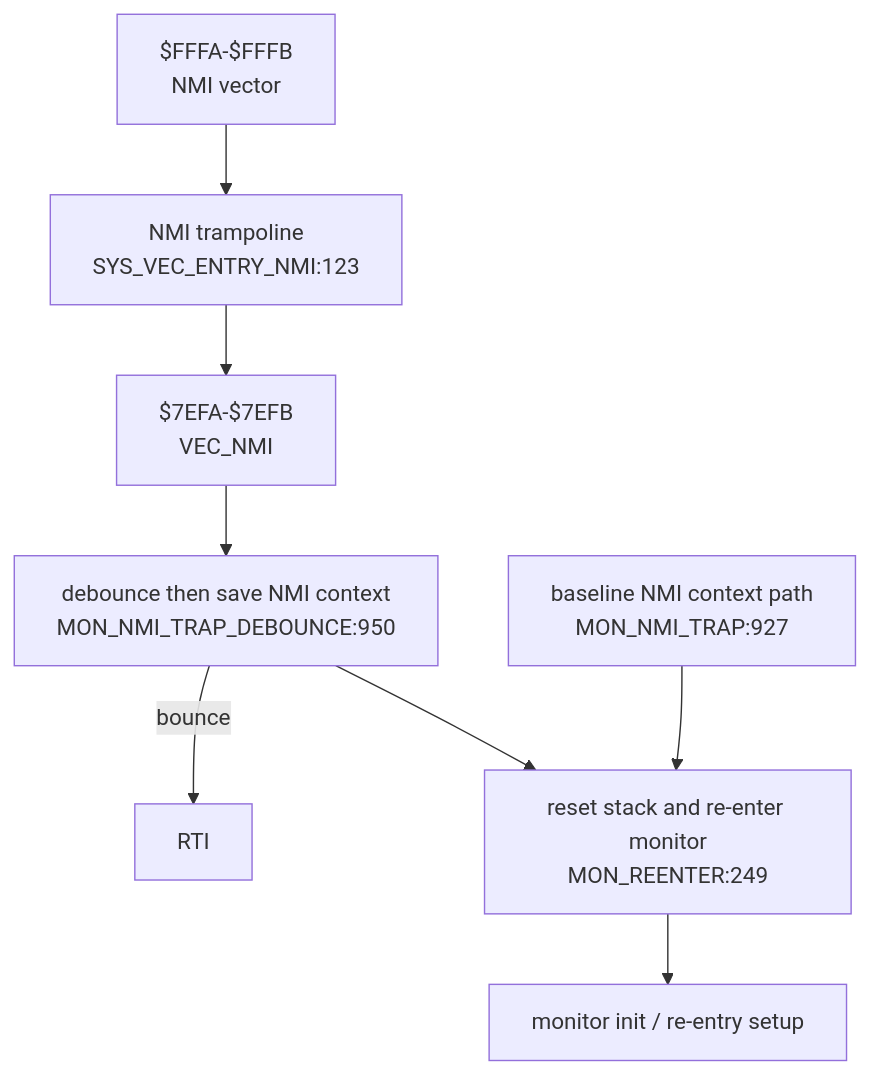
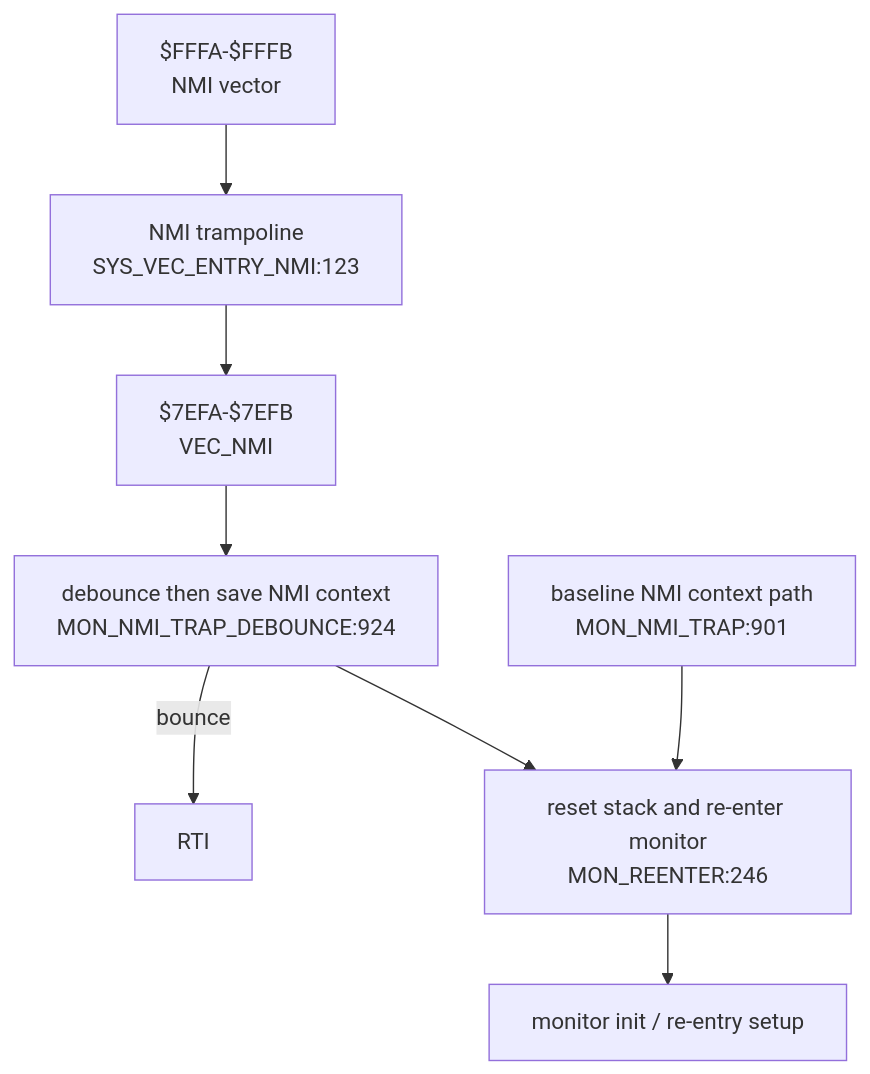
The fourth of 6 diagrams in DOC/GENERATED/INTERRUPT_VECTOR_MAP.md (95westus/R-YORS), drawn with Mermaid before and after one commit. The commit also changed other lines of this file and 53 other files, not shown here.

````diff
--- a/DOC/GENERATED/INTERRUPT_VECTOR_MAP.md
+++ b/DOC/GENERATED/INTERRUPT_VECTOR_MAP.md
@@ -62,10 +62,10 @@
 ```mermaid
 flowchart TD
     NMIV["$FFFA-$FFFB<br/>NMI vector"] --> NMIENTRY["NMI trampoline<br/>SYS_VEC_ENTRY_NMI:123"]
     NMIENTRY --> VECNMI["$7EFA-$7EFB<br/>VEC_NMI"]
-    VECNMI --> NMITRAP["debounce then save NMI context<br/>MON_NMI_TRAP_DEBOUNCE:950"]
+    VECNMI --> NMITRAP["debounce then save NMI context<br/>MON_NMI_TRAP_DEBOUNCE:924"]
     NMITRAP -->|bounce| RTINMI["RTI"]
-    NMITRAP --> REENTER["reset stack and re-enter monitor<br/>MON_REENTER:249"]
-    NMIBASE["baseline NMI context path<br/>MON_NMI_TRAP:927"] --> REENTER
+    NMITRAP --> REENTER["reset stack and re-enter monitor<br/>MON_REENTER:246"]
+    NMIBASE["baseline NMI context path<br/>MON_NMI_TRAP:901"] --> REENTER
     REENTER --> INIT["monitor init / re-entry setup"]
 ```
````
